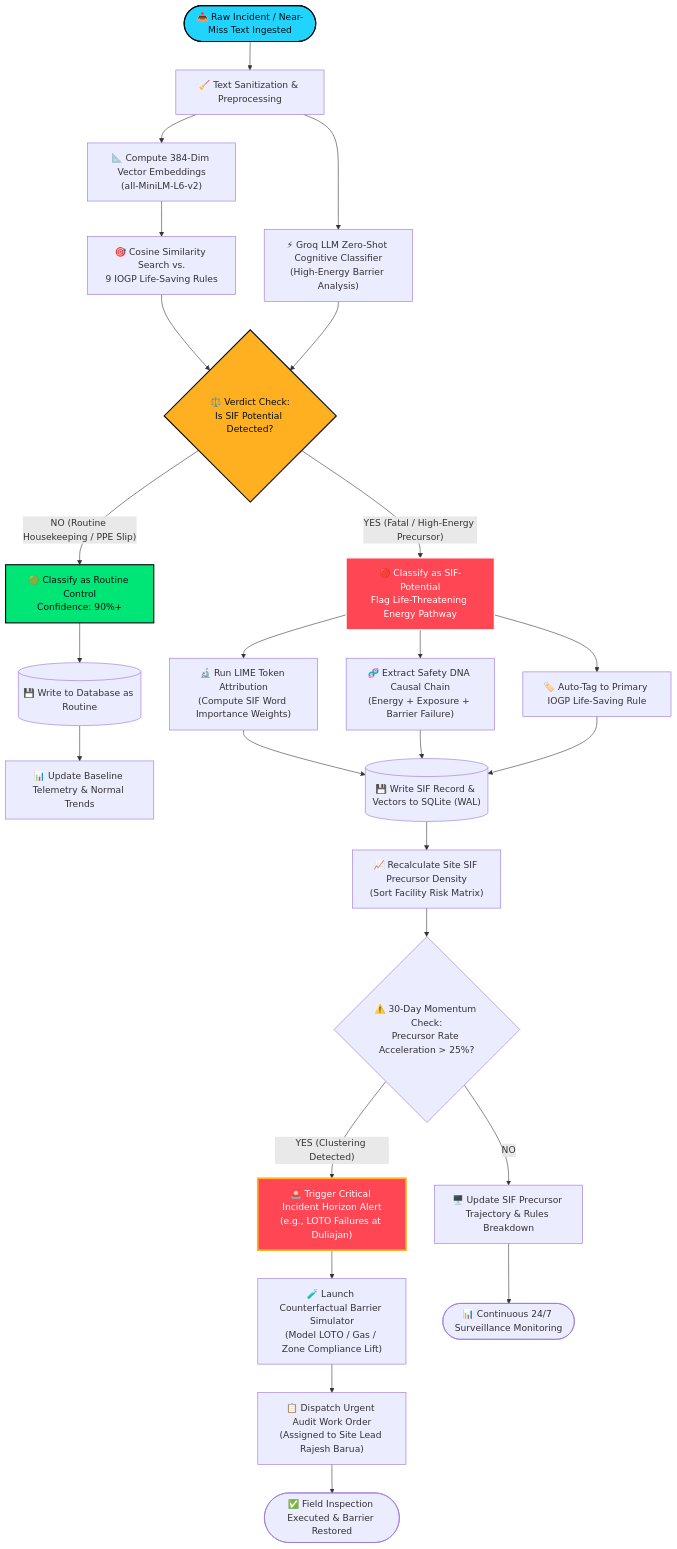
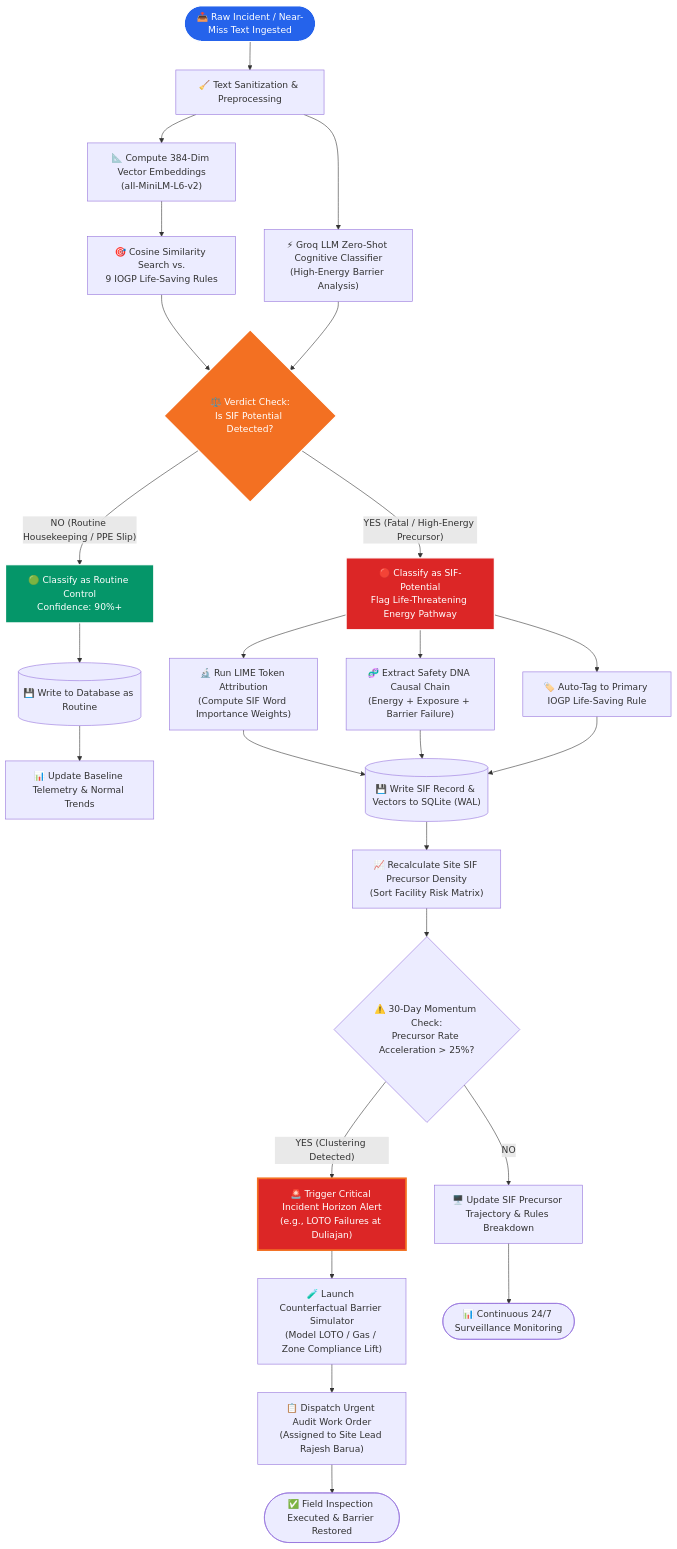
The diagram in README.md (dharani25007-code/SENTINEL-X), drawn with Mermaid before and after one commit. The commit also changed other lines of this file, not shown here.

````diff
--- a/README.md
+++ b/README.md
@@ -613,43 +392,43 @@
 ```mermaid
 flowchart TD
     Start(["📥 Raw Incident / Near-Miss Text Ingested"]) --> Tokenize["🧹 Text Sanitization & Preprocessing"]
     
     Tokenize --> VectorEmbed["📐 Compute 384-Dim Vector Embeddings<br/>(all-MiniLM-L6-v2)"]
     VectorEmbed --> CosineMatch["🎯 Cosine Similarity Search vs.<br/>9 IOGP Life-Saving Rules"]
     
     Tokenize --> GroqInference["⚡ Groq LLM Zero-Shot Cognitive Classifier<br/>(High-Energy Barrier Analysis)"]
     
     CosineMatch & GroqInference --> EvaluateSIF{"⚖️ Verdict Check:<br/>Is SIF Potential Detected?"}
     
     %% ROUTINE PATH
     EvaluateSIF -- "NO (Routine Housekeeping / PPE Slip)" --> RoutinePath["🟢 Classify as Routine Control<br/>Confidence: 90%+"]
     RoutinePath --> DB_Routine[("💾 Write to Database as Routine")]
     DB_Routine --> UpdateBaseline["📊 Update Baseline Telemetry & Normal Trends"]
     
     %% SIF PATH
     EvaluateSIF -- "YES (Fatal / High-Energy Precursor)" --> SIFPath["🔴 Classify as SIF-Potential<br/>Flag Life-Threatening Energy Pathway"]
     
     SIFPath --> XAI["🔬 Run LIME Token Attribution<br/>(Compute SIF Word Importance Weights)"]
     SIFPath --> DNAExtract["🧬 Extract Safety DNA Causal Chain<br/>(Energy + Exposure + Barrier Failure)"]
     SIFPath --> TagRule["🏷️ Auto-Tag to Primary IOGP Life-Saving Rule"]
     
     XAI & DNAExtract & TagRule --> DB_SIF[("💾 Write SIF Record & Vectors to SQLite (WAL)")]
     
     DB_SIF --> RecalcDensity["📈 Recalculate Site SIF Precursor Density<br/>(Sort Facility Risk Matrix)"]
     RecalcDensity --> CheckMomentum{"⚠️ 30-Day Momentum Check:<br/>Precursor Rate Acceleration > 25%?"}
     
     CheckMomentum -- "YES (Clustering Detected)" --> TriggerAlert["🚨 Trigger Critical Incident Horizon Alert<br/>(e.g., LOTO Failures at Duliajan)"]
     CheckMomentum -- "NO" --> StandardDashboard["🖥️ Update SIF Precursor Trajectory & Rules Breakdown"]
     
     TriggerAlert --> SimulateIntervention["🧪 Launch Counterfactual Barrier Simulator<br/>(Model LOTO / Gas / Zone Compliance Lift)"]
     SimulateIntervention --> DispatchWorkOrder["📋 Dispatch Urgent Audit Work Order<br/>(Assigned to Site Lead Rajesh Barua)"]
     
     DispatchWorkOrder --> CloseLoop(["✅ Field Inspection Executed & Barrier Restored"])
     StandardDashboard --> EndState(["📊 Continuous 24/7 Surveillance Monitoring"])
 
-    style Start fill:#21D4FD,stroke:#040D12,stroke-width:2px,color:#040D12
-    style EvaluateSIF fill:#FFB020,stroke:#040D12,stroke-width:2px,color:#040D12
-    style SIFPath fill:#FF4655,stroke:#FFFFFF,stroke-width:2px,color:#FFFFFF
-    style RoutinePath fill:#00E676,stroke:#040D12,stroke-width:2px,color:#040D12
-    style TriggerAlert fill:#FF4655,stroke:#FFB020,stroke-width:3px,color:#FFFFFF
+    style Start fill:#2563EB,stroke:#FFFFFF,stroke-width:2px,color:#FFFFFF
+    style EvaluateSIF fill:#F37022,stroke:#FFFFFF,stroke-width:2px,color:#FFFFFF
+    style SIFPath fill:#DC2626,stroke:#FFFFFF,stroke-width:2px,color:#FFFFFF
+    style RoutinePath fill:#059669,stroke:#FFFFFF,stroke-width:2px,color:#FFFFFF
+    style TriggerAlert fill:#DC2626,stroke:#F37022,stroke-width:3px,color:#FFFFFF
 ```
````
